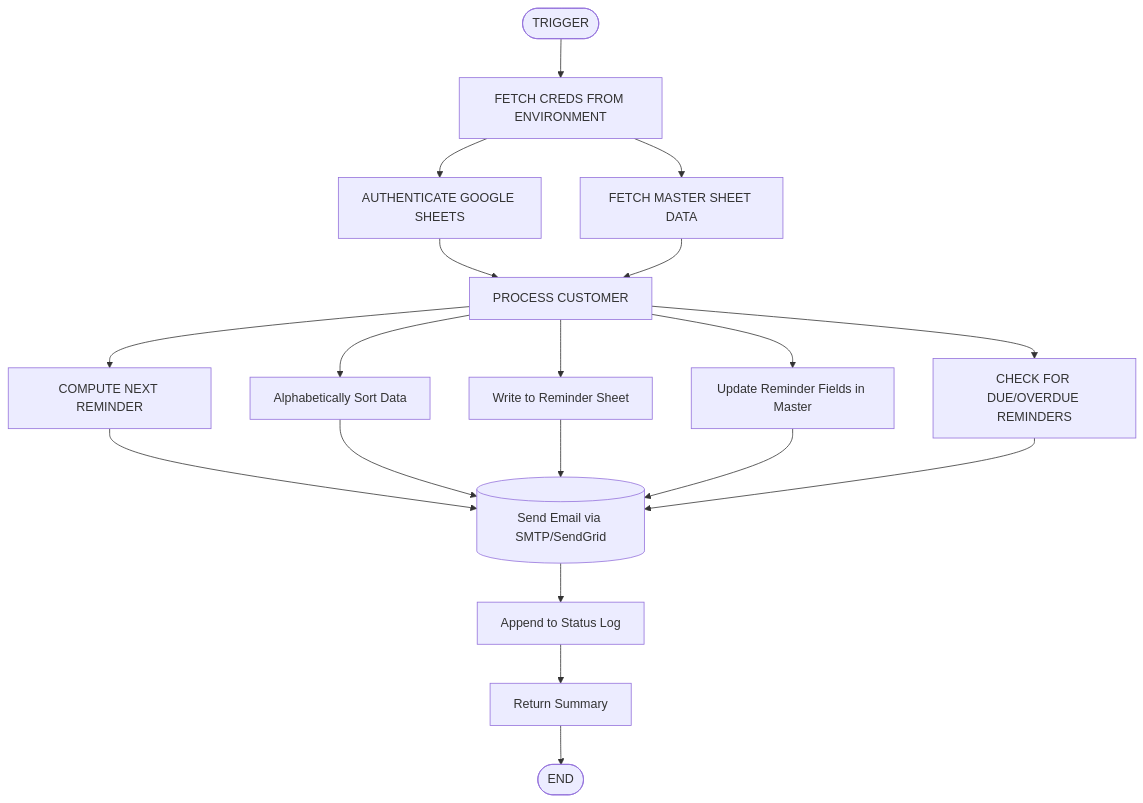
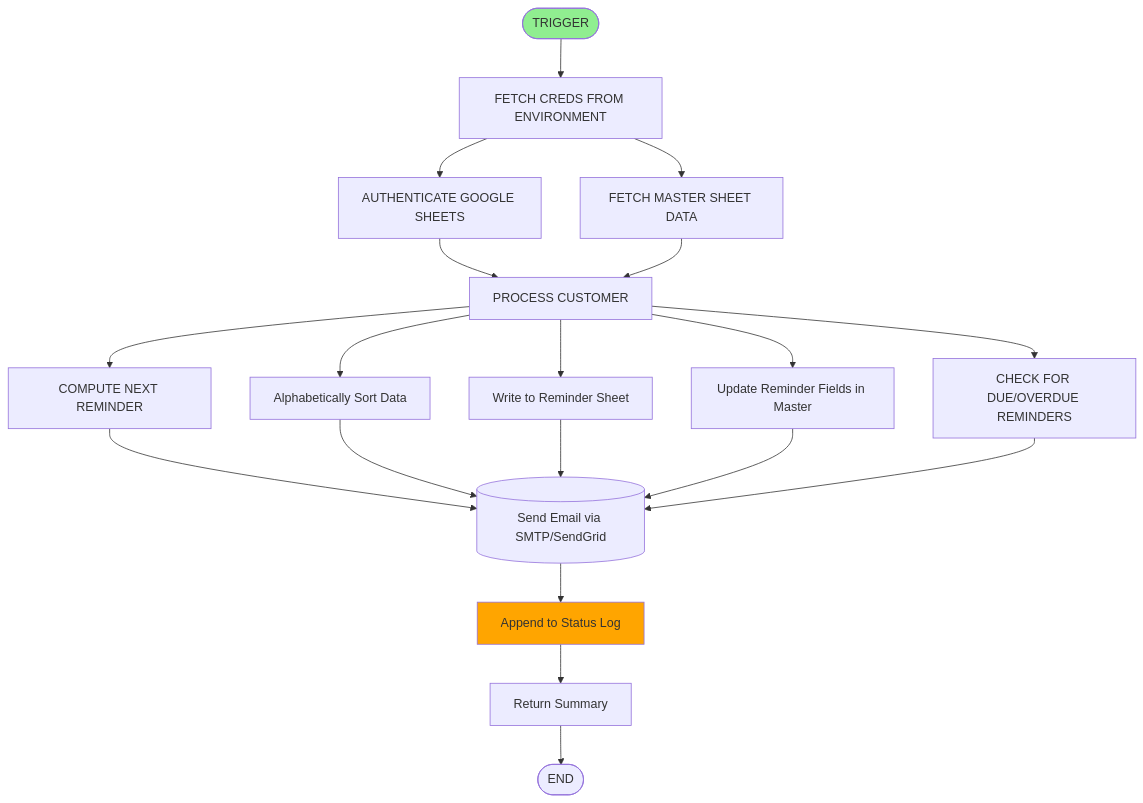
Before and after one commit to Hnn3y/RGAC_Reminder: the diagram in Readme.md, drawn with Mermaid.

````diff
--- a/Readme.md
+++ b/Readme.md
@@ -3,21 +3,24 @@
 ```mermaid
 flowchart TD
    A([TRIGGER]) --> B[FETCH CREDS FROM ENVIRONMENT]
    B --> C[AUTHENTICATE GOOGLE SHEETS]
    B --> D[FETCH MASTER SHEET DATA]
    C --> E
    D --> E[PROCESS CUSTOMER]
    E --> F[COMPUTE NEXT REMINDER]
    E --> G[Alphabetically Sort Data]
    E --> H[Write to Reminder Sheet]
    E --> I[Update Reminder Fields in Master]
    E --> J[CHECK FOR DUE/OVERDUE REMINDERS]
    F --> K[(Send Email via SMTP/SendGrid)]
    G --> K
    H --> K
    I --> K
    J --> K
    K --> L[Append to Status Log]
    L --> M[Return Summary]
    M --> N([END])
+
+   style A fill:#90EE90
+   style L fill:#FFA500
 ```
````
